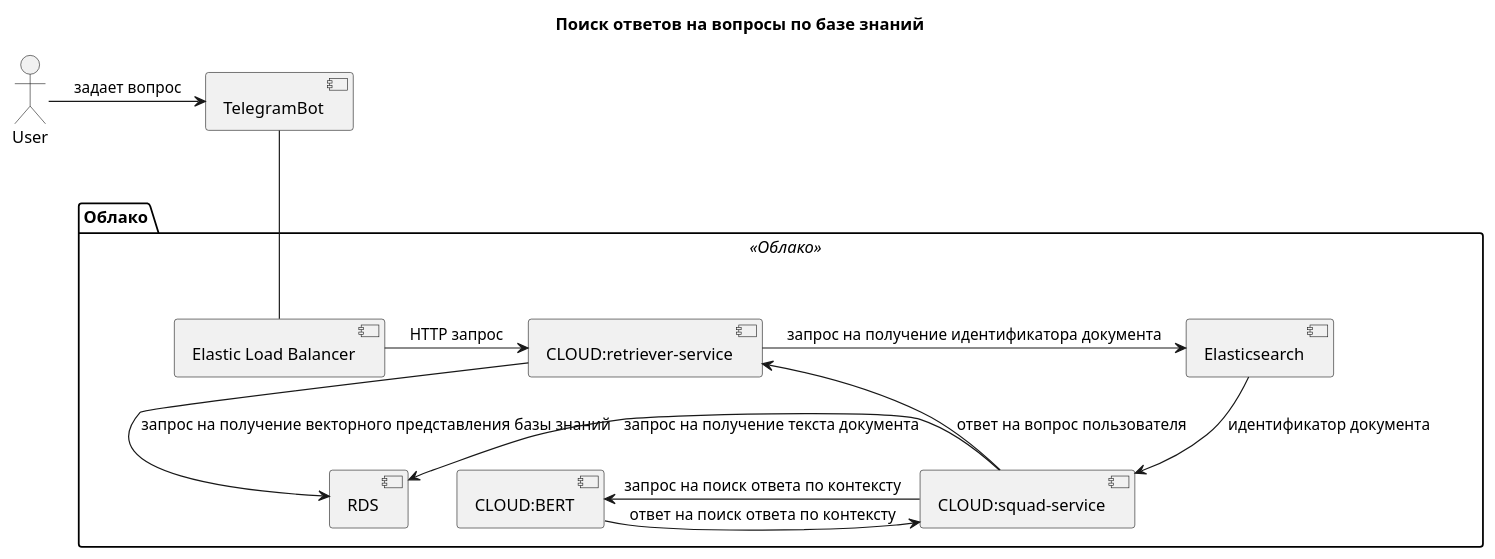
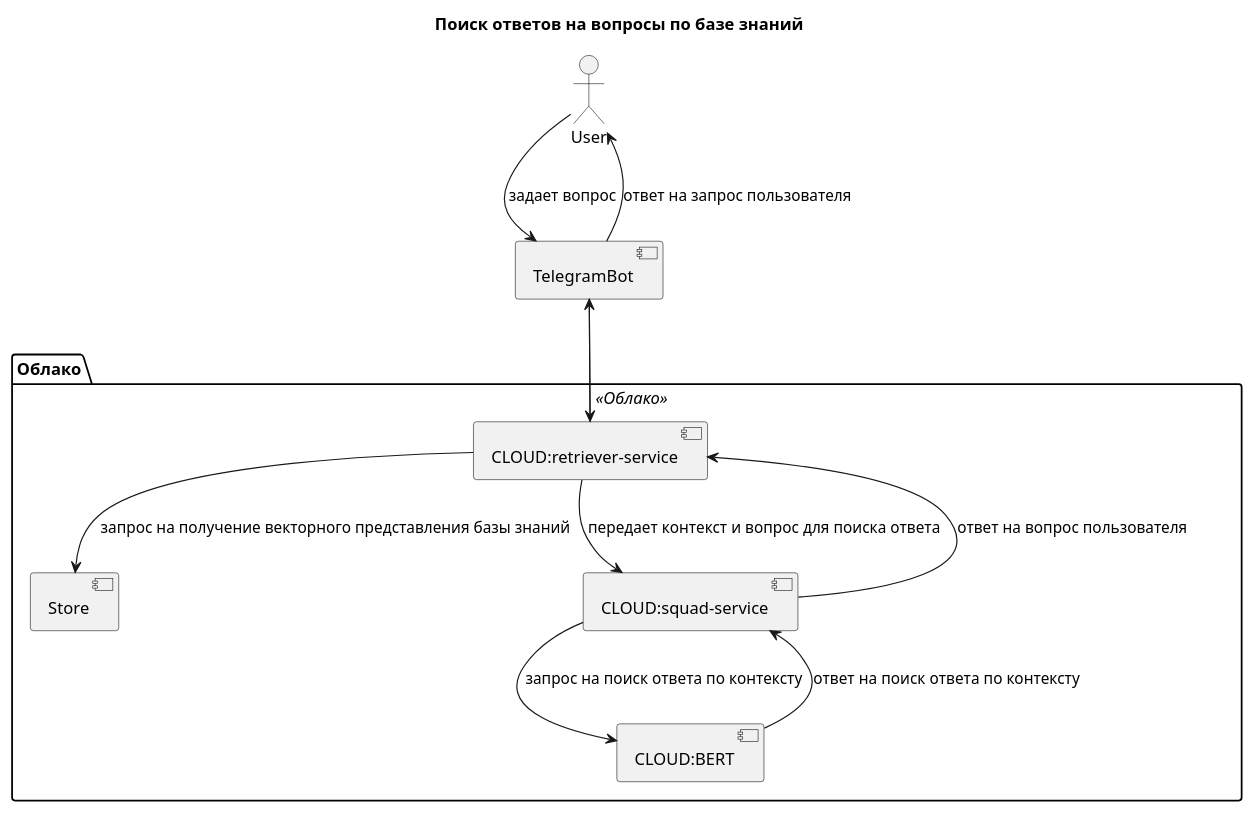
One commit to avetall87/otus-nlp-diplom changed the diagram in arch-diagram.wsd. Above: the diagram before and after it, drawn with PlantUML.

Commit message:
update diagram

```diff
--- a/arch-diagram.wsd
+++ b/arch-diagram.wsd
@@ -1,20 +1,19 @@
 @startuml
 
 title Поиск ответов на вопросы по базе знаний
 
 actor User
-User -> [TelegramBot] : задает вопрос
+User --> [TelegramBot] : задает вопрос
 
 package "Облако" <<Облако>> {
-  [TelegramBot] -- [Elastic Load Balancer]
-  [Elastic Load Balancer] -> [CLOUD:retriever-service] : HTTP запрос
-  [CLOUD:retriever-service] -> [RDS] : запрос на получение векторного представления базы знаний
-  [CLOUD:retriever-service] -> [Elasticsearch] : запрос на получение идентификатора документа
-  [Elasticsearch] --> [CLOUD:squad-service] : идентификатор документа
-  [CLOUD:squad-service] -> [RDS] : запрос на получение текста документа
-  [CLOUD:squad-service] -> [CLOUD:BERT] : запрос на поиск ответа по контексту
-  [CLOUD:BERT] -> [CLOUD:squad-service] : ответ на поиск ответа по контексту
+  [TelegramBot] --> [CLOUD:retriever-service]
+  [CLOUD:retriever-service] --> [Store] : запрос на получение векторного представления базы знаний
+  [CLOUD:retriever-service] --> [CLOUD:squad-service] : передает контекст и вопрос для поиска ответа
+  [CLOUD:squad-service] --> [CLOUD:BERT] : запрос на поиск ответа по контексту
+  [CLOUD:BERT] --> [CLOUD:squad-service] : ответ на поиск ответа по контексту
   [CLOUD:squad-service] --> [CLOUD:retriever-service] : ответ на вопрос пользователя
+  [CLOUD:retriever-service] --> [TelegramBot] 
+  [TelegramBot] --> User  : ответ на запрос пользователя
 }
 
 @enduml
```
